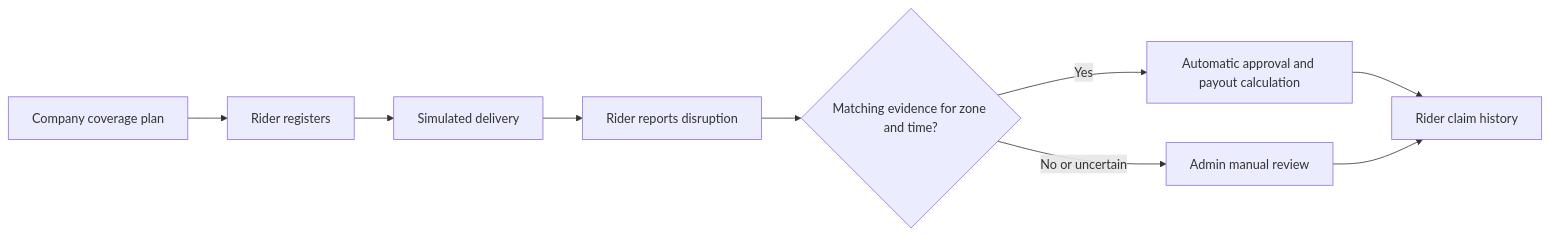
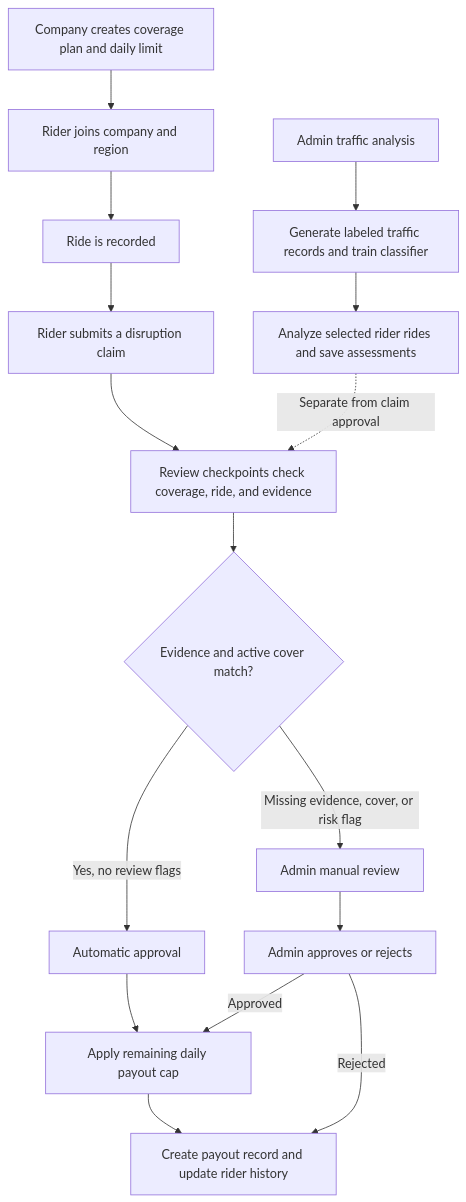
The diagram in README.md (AnkushKr836/GigShield), drawn with Mermaid before and after one commit. The commit also changed other lines of this file and 75 other files, not shown here.

Commit message:
Incorporating ML for claim analysis through demo dataset

````diff
--- a/README.md
+++ b/README.md
@@ -52,11 +54,18 @@
 ```mermaid
-flowchart LR
-    A[Company coverage plan] --> B[Rider registers]
-    B --> C[Simulated delivery]
-    C --> D[Rider reports disruption]
-    D --> E{Matching evidence for zone and time?}
-    E -->|Yes| F[Automatic approval and payout calculation]
-    E -->|No or uncertain| G[Admin manual review]
-    F --> H[Rider claim history]
-    G --> H
+flowchart TD
+    A[Company creates coverage plan and daily limit] --> B[Rider joins company and region]
+    B --> C[Ride is recorded]
+    C --> D[Rider submits a disruption claim]
+    D --> E[Review checkpoints check coverage, ride, and evidence]
+    E --> F{Evidence and active cover match?}
+    F -->|Yes, no review flags| G[Automatic approval]
+    F -->|Missing evidence, cover, or risk flag| H[Admin manual review]
+    G --> I[Apply remaining daily payout cap]
+    I --> J[Create payout record and update rider history]
+    H --> K[Admin approves or rejects]
+    K -->|Approved| I
+    K -->|Rejected| J
+    L[Admin traffic analysis] --> M[Generate labeled traffic records and train classifier]
+    M --> N[Analyze selected rider rides and save assessments]
+    N -. Separate from claim approval .-> E
 ```
````
